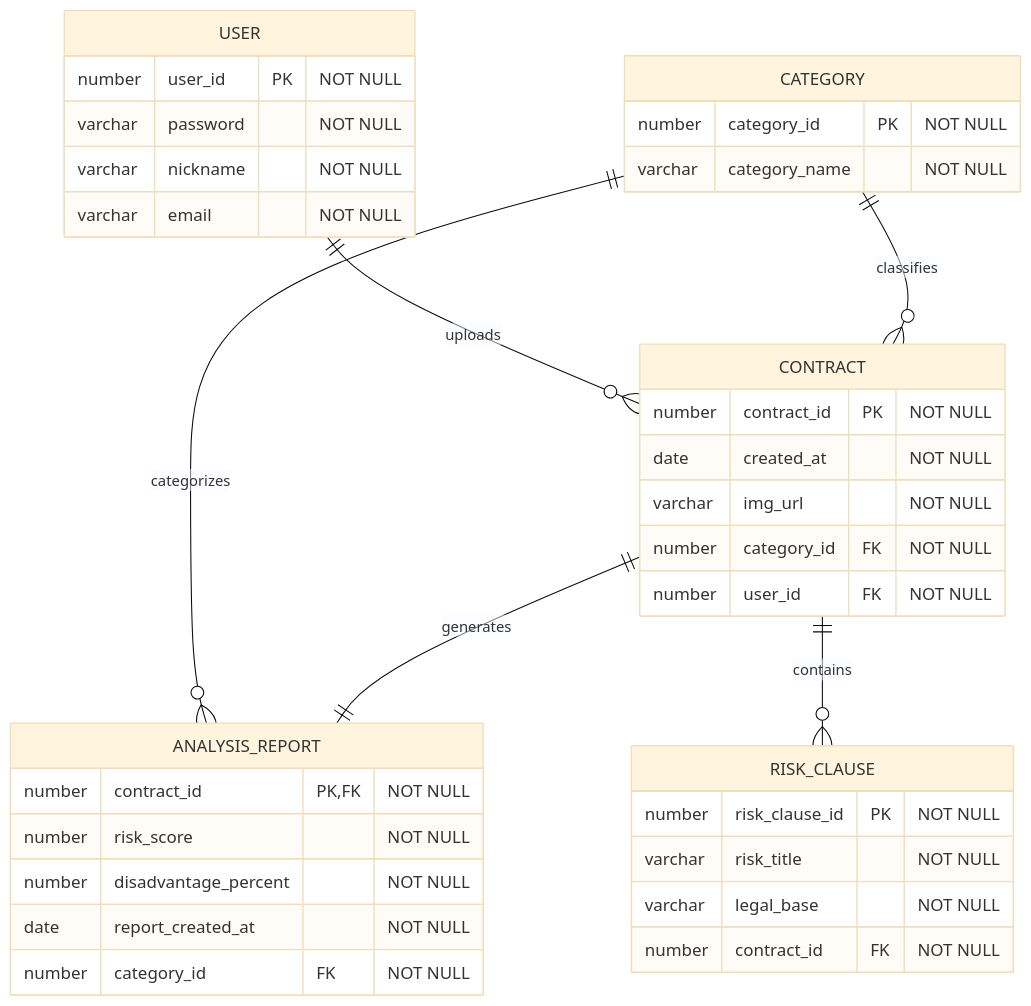
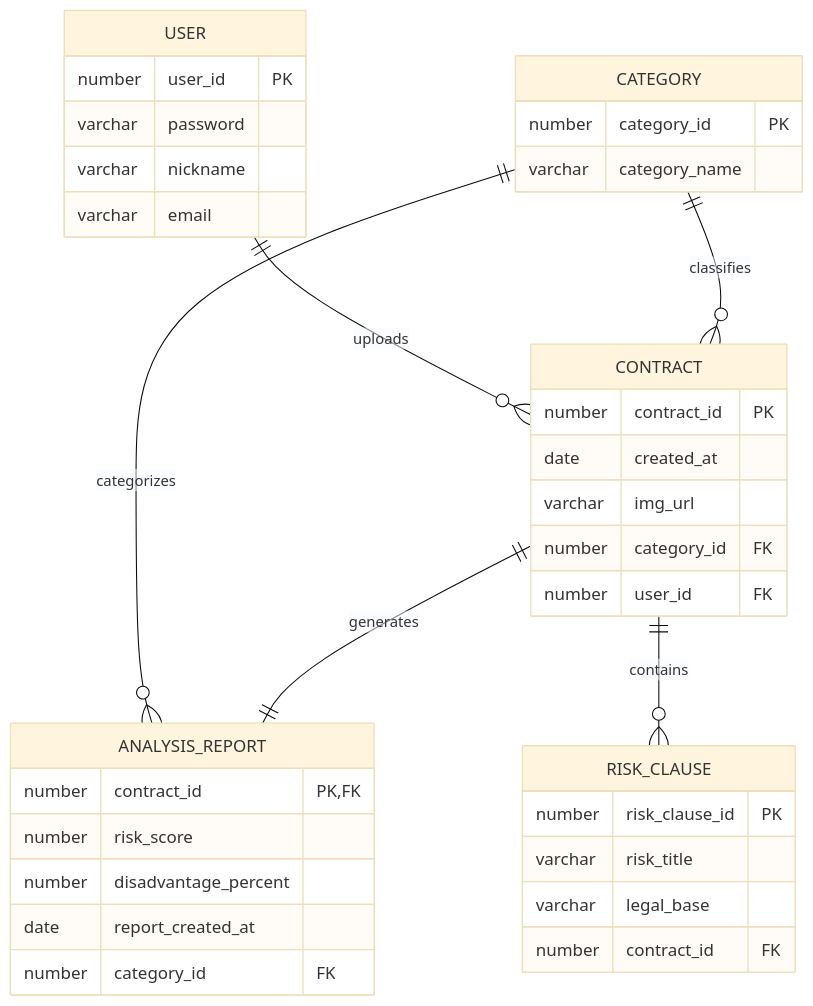
The diagram in README.md (human13th2team/AI-Lawyer), drawn with Mermaid (base theme) before and after one commit. The commit also changed other lines of this file, not shown here.

````diff
--- a/README.md
+++ b/README.md
@@ -42,39 +44,39 @@
 ```mermaid
 erDiagram
     USER ||--o{ CONTRACT : "uploads"
     CATEGORY ||--o{ CONTRACT : "classifies"
     CATEGORY ||--o{ ANALYSIS_REPORT : "categorizes"
     CONTRACT ||--|| ANALYSIS_REPORT : "generates"
     CONTRACT ||--o{ RISK_CLAUSE : "contains"
 
     USER {
-        number user_id PK "NOT NULL"
-        varchar password "NOT NULL"
-        varchar nickname "NOT NULL"
-        varchar email "NOT NULL"
+        number user_id PK
+        varchar password
+        varchar nickname
+        varchar email
     }
     CONTRACT {
-        number contract_id PK "NOT NULL"
-        date created_at "NOT NULL"
-        varchar img_url "NOT NULL"
-        number category_id FK "NOT NULL"
-        number user_id FK "NOT NULL"
+        number contract_id PK
+        date created_at
+        varchar img_url
+        number category_id FK
+        number user_id FK
     }
     CATEGORY {
-        number category_id PK "NOT NULL"
-        varchar category_name "NOT NULL"
+        number category_id PK
+        varchar category_name
     }
     ANALYSIS_REPORT {
-        number contract_id PK, FK "NOT NULL"
-        number risk_score "NOT NULL"
-        number disadvantage_percent "NOT NULL"
-        date report_created_at "NOT NULL"
-        number category_id FK "NOT NULL"
+        number contract_id PK, FK
+        number risk_score
+        number disadvantage_percent
+        date report_created_at
+        number category_id FK
     }
     RISK_CLAUSE {
-        number risk_clause_id PK "NOT NULL"
-        varchar risk_title "NOT NULL"
-        varchar legal_base "NOT NULL"
-        number contract_id FK "NOT NULL"
+        number risk_clause_id PK
+        varchar risk_title
+        varchar legal_base
+        number contract_id FK
     }
 ```
````
